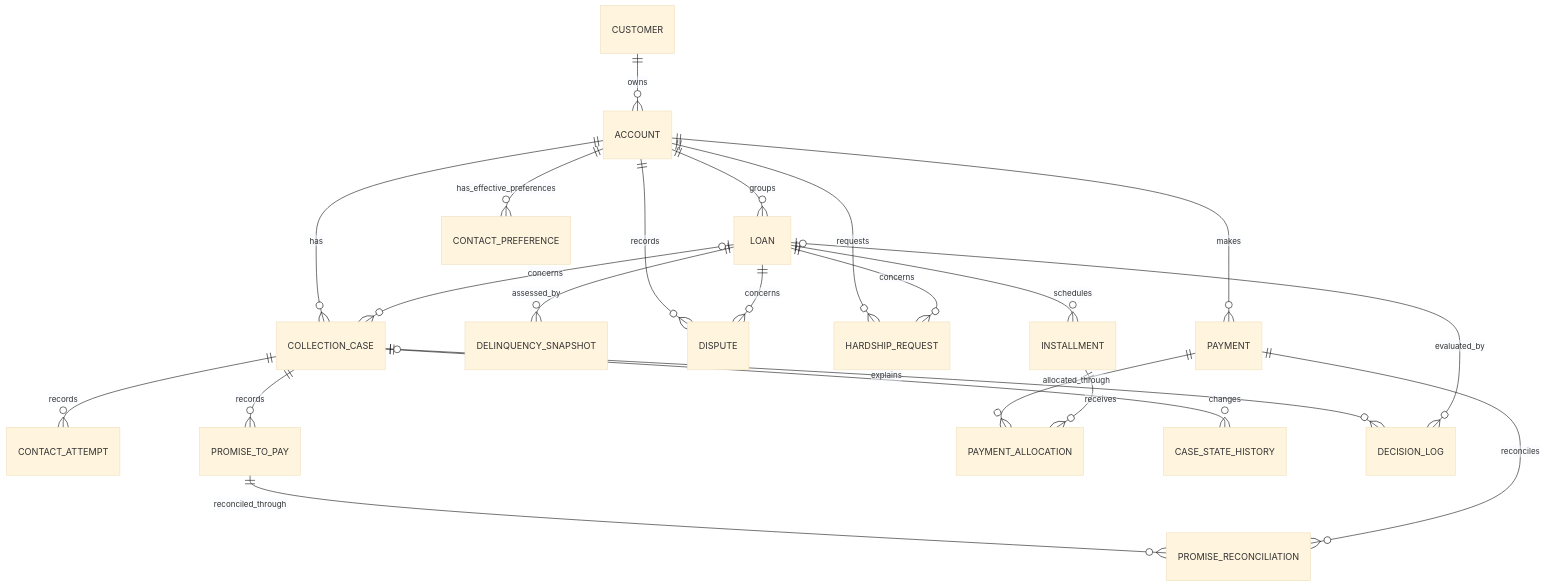
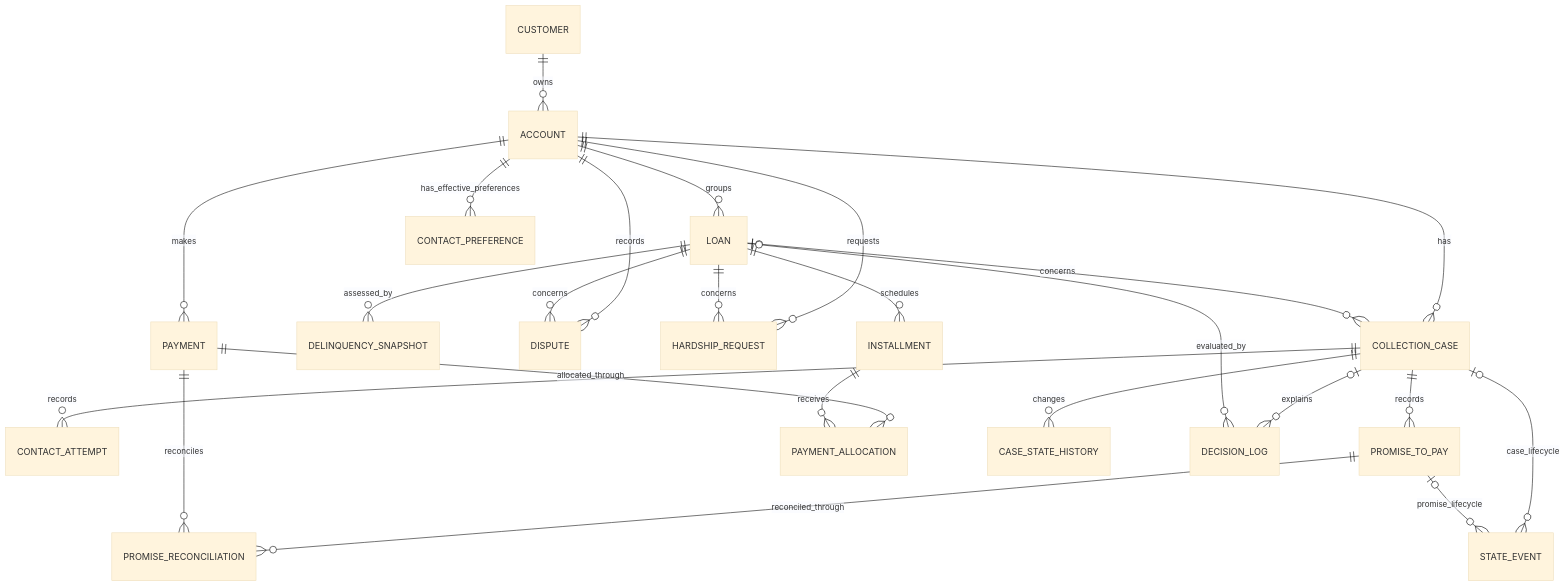
The diagram in docs/ER.md (Pavaneswar630/yottaflex-debt-collection-engine), drawn with Mermaid (base theme) before and after one commit. The commit also changed other lines of this file and 13 other files, not shown here.

````diff
--- a/docs/ER.md
+++ b/docs/ER.md
@@ -3,24 +3,26 @@
 ```mermaid
 erDiagram
     CUSTOMER ||--o{ ACCOUNT : owns
     ACCOUNT ||--o{ LOAN : groups
     LOAN ||--o{ INSTALLMENT : schedules
     LOAN ||--o{ DELINQUENCY_SNAPSHOT : assessed_by
     ACCOUNT ||--o{ CONTACT_PREFERENCE : has_effective_preferences
     ACCOUNT ||--o{ DISPUTE : records
     LOAN ||--o{ DISPUTE : concerns
     ACCOUNT ||--o{ HARDSHIP_REQUEST : requests
     LOAN ||--o{ HARDSHIP_REQUEST : concerns
     ACCOUNT ||--o{ COLLECTION_CASE : has
     LOAN o|--o{ COLLECTION_CASE : concerns
     COLLECTION_CASE ||--o{ CONTACT_ATTEMPT : records
     COLLECTION_CASE ||--o{ PROMISE_TO_PAY : records
     PAYMENT ||--o{ PAYMENT_ALLOCATION : allocated_through
     INSTALLMENT ||--o{ PAYMENT_ALLOCATION : receives
     PROMISE_TO_PAY ||--o{ PROMISE_RECONCILIATION : reconciled_through
     PAYMENT ||--o{ PROMISE_RECONCILIATION : reconciles
     COLLECTION_CASE ||--o{ CASE_STATE_HISTORY : changes
     COLLECTION_CASE o|--o{ DECISION_LOG : explains
     LOAN o|--o{ DECISION_LOG : evaluated_by
     ACCOUNT ||--o{ PAYMENT : makes
+    COLLECTION_CASE o|--o{ STATE_EVENT : case_lifecycle
+    PROMISE_TO_PAY o|--o{ STATE_EVENT : promise_lifecycle
 ```
````
